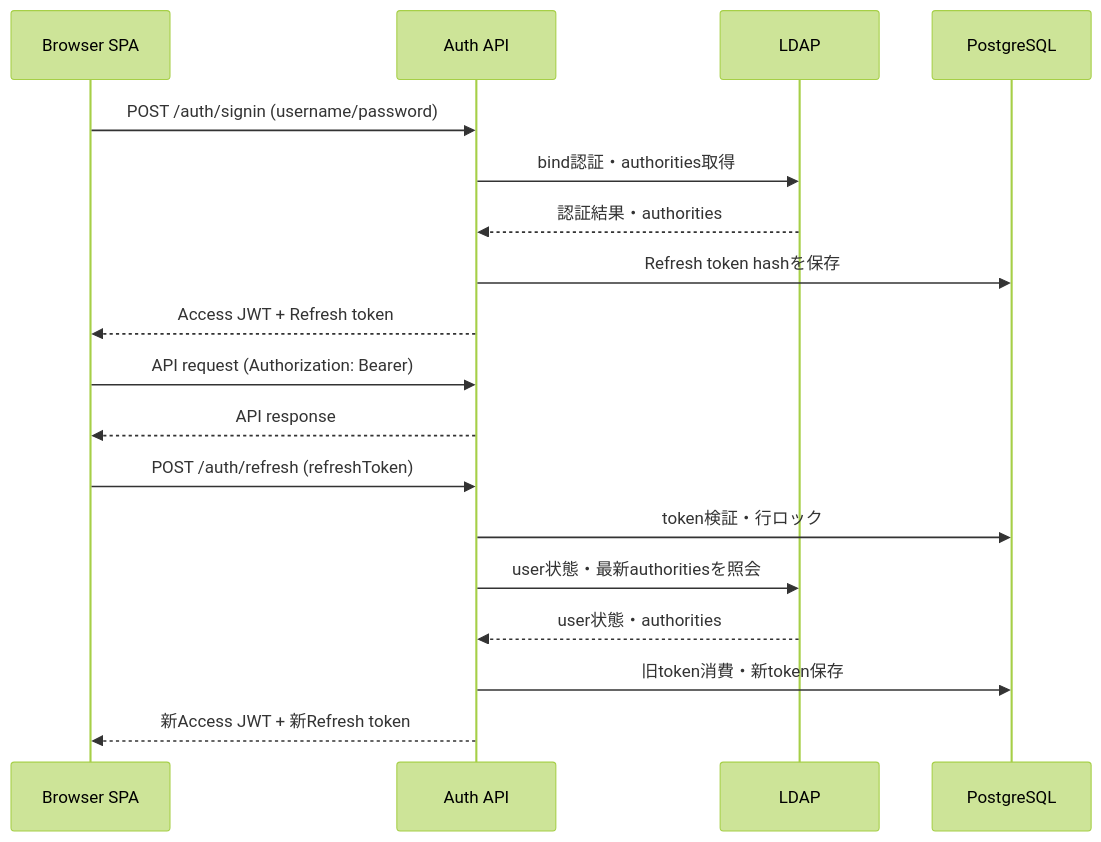
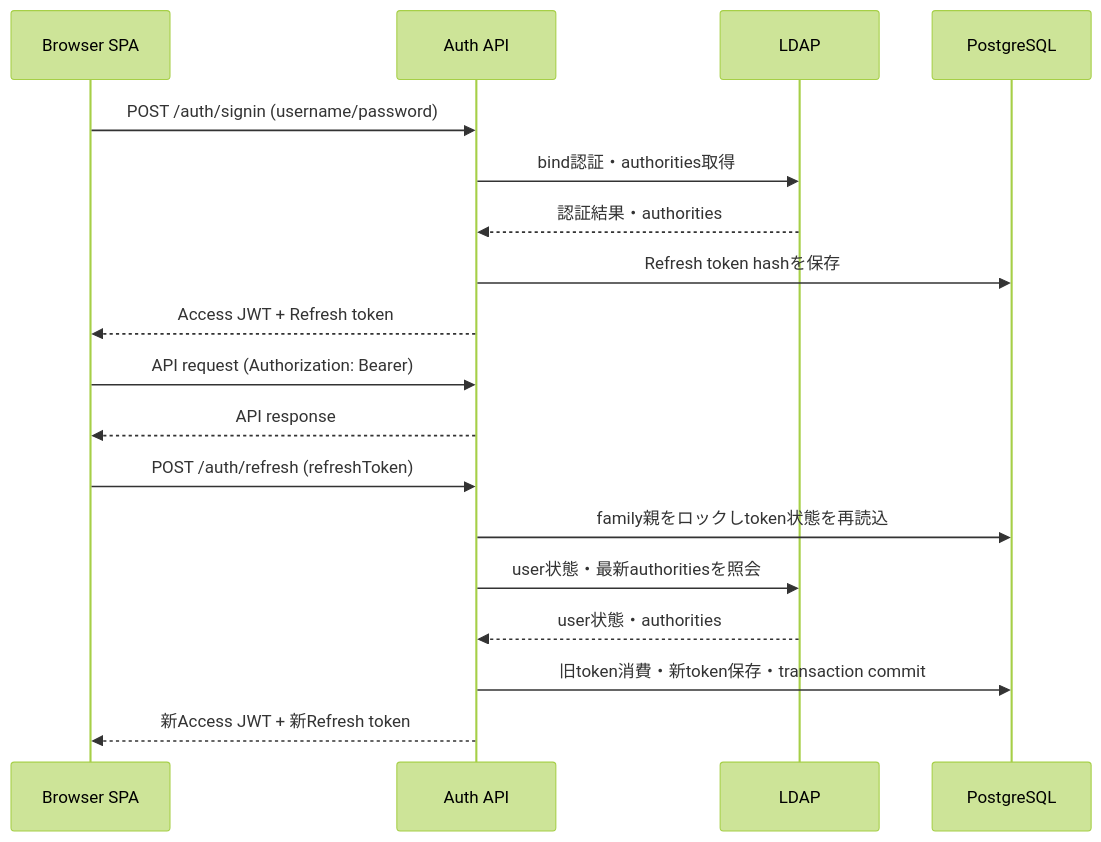
Before and after one commit to yusay1498/demo-refresh-token: the diagram in docs/auth-refresh-token-design.md, drawn with Mermaid (forest theme). The commit also changed other lines of this file, not shown here.

````diff
--- a/docs/auth-refresh-token-design.md
+++ b/docs/auth-refresh-token-design.md
@@ -177,20 +198,20 @@
 ```mermaid
 sequenceDiagram
     participant Browser as Browser SPA
     participant API as Auth API
     participant LDAP as LDAP
     participant DB as PostgreSQL
     Browser->>API: POST /auth/signin (username/password)
     API->>LDAP: bind認証・authorities取得
     LDAP-->>API: 認証結果・authorities
     API->>DB: Refresh token hashを保存
     API-->>Browser: Access JWT + Refresh token
     Browser->>API: API request (Authorization: Bearer)
     API-->>Browser: API response
     Browser->>API: POST /auth/refresh (refreshToken)
-    API->>DB: token検証・行ロック
+    API->>DB: family親をロックしtoken状態を再読込
     API->>LDAP: user状態・最新authoritiesを照会
     LDAP-->>API: user状態・authorities
-    API->>DB: 旧token消費・新token保存
+    API->>DB: 旧token消費・新token保存・transaction commit
     API-->>Browser: 新Access JWT + 新Refresh token
 ```
````
